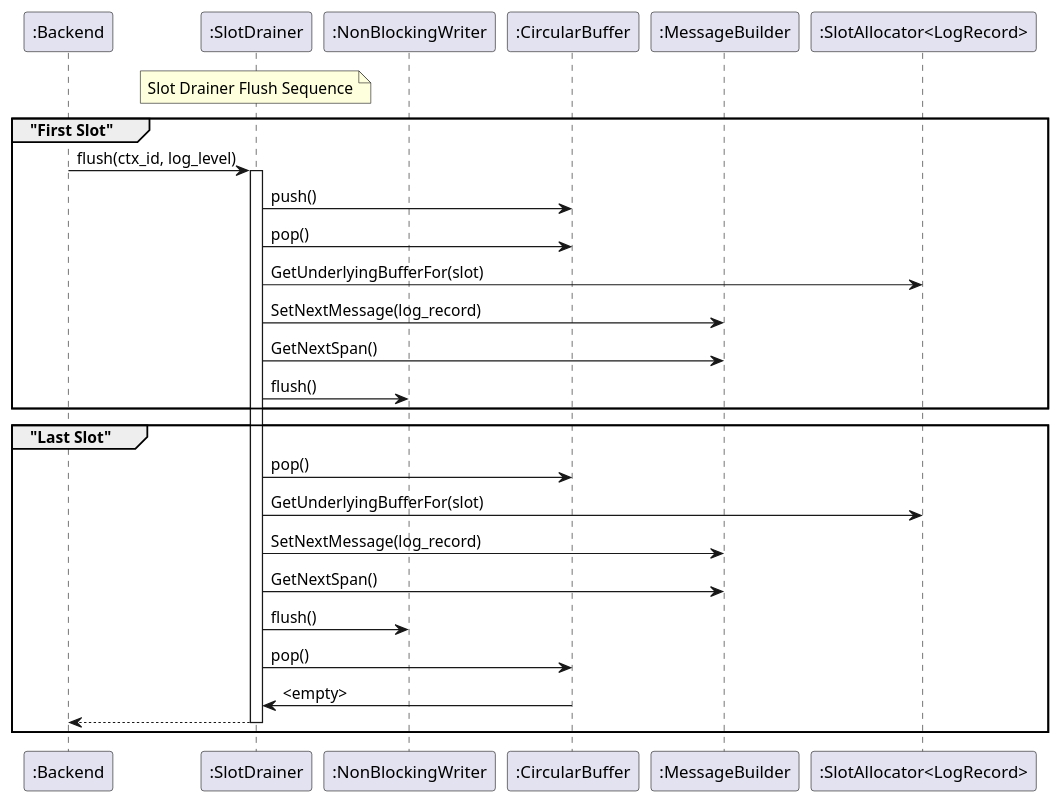
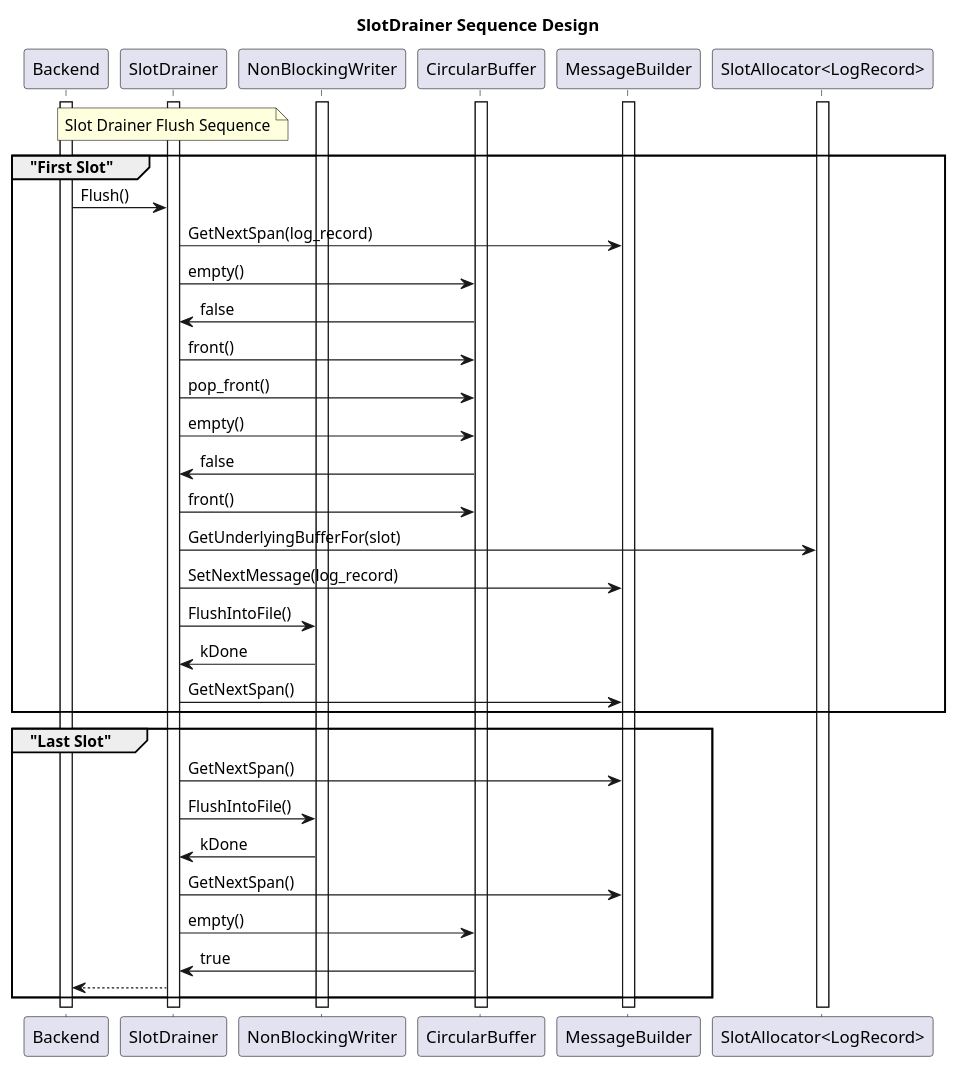
Before and after one commit to eclipse-score/inc_mw_log: the diagram in design/slot_drainer_sequence_design.puml, drawn with PlantUML. The commit also changed 3 other files, not shown here.

First line of the commit message:
Fixing slot drainer

```diff
--- a/design/slot_drainer_sequence_design.puml
+++ b/design/slot_drainer_sequence_design.puml
@@ -1,42 +1,62 @@
 @startuml slot_drainer_sequence_design
+title "SlotDrainer Sequence Design"
 
-participant ":Backend" as Backend
-participant ":SlotDrainer" as SlotDrainer
-participant ":NonBlockingWriter" as NonBlockingWriter
-participant ":CircularBuffer" as CircularBuffer
-participant ":MessageBuilder" as MessageBuilder
-participant ":SlotAllocator<LogRecord>" as SlotAllocator
+participant "Backend" as Backend
+participant "SlotDrainer" as SlotDrainer
+participant "NonBlockingWriter" as NonBlockingWriter
+participant "CircularBuffer" as CircularBuffer
+participant "MessageBuilder" as MessageBuilder
+participant "SlotAllocator<LogRecord>" as SlotAllocator
 
 note over SlotDrainer : Slot Drainer Flush Sequence
 
+activate SlotDrainer
+activate Backend
+activate NonBlockingWriter
+activate CircularBuffer
+activate SlotAllocator
+activate MessageBuilder
+
 group "First Slot"
-Backend -> SlotDrainer : flush(ctx_id, log_level)
-activate SlotDrainer
+Backend -> SlotDrainer : Flush()
 
-SlotDrainer -> CircularBuffer : push()
-SlotDrainer -> CircularBuffer : pop()
+SlotDrainer -> MessageBuilder : GetNextSpan(log_record)
+
+SlotDrainer -> CircularBuffer : empty()
+CircularBuffer -> SlotDrainer: false
+
+SlotDrainer -> CircularBuffer : front()
+SlotDrainer -> CircularBuffer : pop_front()
+
+SlotDrainer -> CircularBuffer : empty()
+CircularBuffer -> SlotDrainer: false
+SlotDrainer -> CircularBuffer : front()
+
 SlotDrainer -> SlotAllocator : GetUnderlyingBufferFor(slot)
 SlotDrainer -> MessageBuilder : SetNextMessage(log_record)
 
+SlotDrainer -> NonBlockingWriter : FlushIntoFile()
+NonBlockingWriter -> SlotDrainer: kDone
+
+
 SlotDrainer -> MessageBuilder : GetNextSpan()
-SlotDrainer -> NonBlockingWriter : flush()
 end
 
 group "Last Slot"
 
-SlotDrainer -> CircularBuffer : pop()
-SlotDrainer -> SlotAllocator : GetUnderlyingBufferFor(slot)
-SlotDrainer -> MessageBuilder : SetNextMessage(log_record)
+SlotDrainer -> MessageBuilder : GetNextSpan()
+
+SlotDrainer -> NonBlockingWriter : FlushIntoFile()
+NonBlockingWriter -> SlotDrainer: kDone
 
 SlotDrainer -> MessageBuilder : GetNextSpan()
-SlotDrainer -> NonBlockingWriter : flush()
 
-SlotDrainer -> CircularBuffer : pop()
-CircularBuffer -> SlotDrainer: <empty>
+SlotDrainer -> CircularBuffer : empty()
+CircularBuffer -> SlotDrainer: true
 
 Backend <-- SlotDrainer
-deactivate SlotDrainer
+
 
 end
 
 @enduml
```
